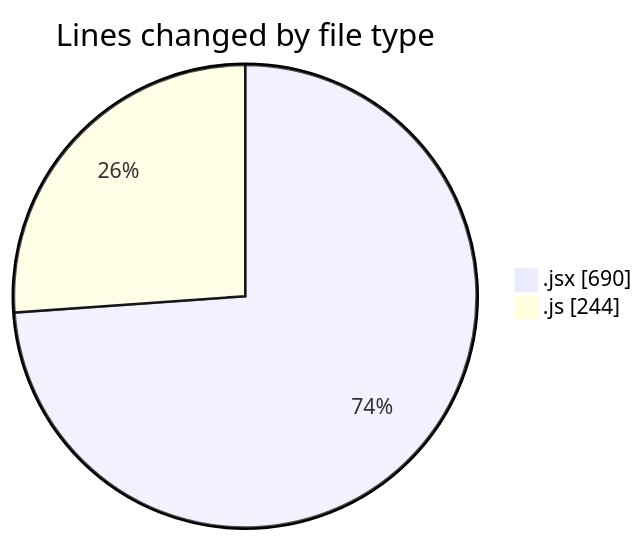
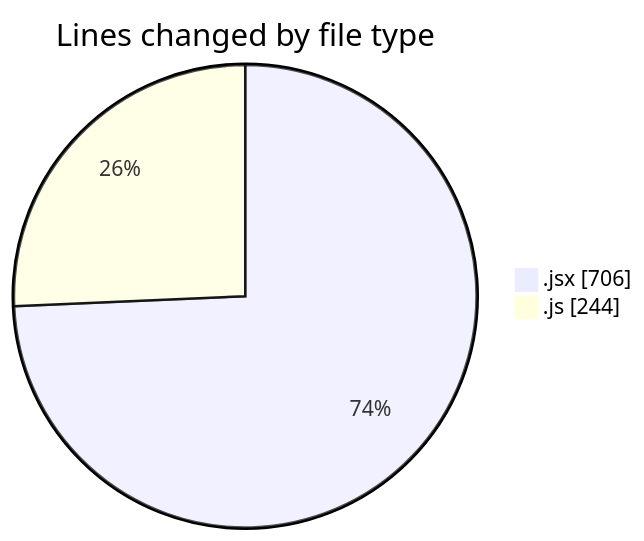
Before and after one commit to nxtqubesakshisongat/code-tracking: the first of 2 diagrams in 2025-07-30/nxtqube_webapp/README.md, drawn with Mermaid. The commit also changed other lines of this file and 1 other file, not shown here.

````diff
--- a/2025-07-30/nxtqube_webapp/README.md
+++ b/2025-07-30/nxtqube_webapp/README.md
@@ -22,6 +22,6 @@
 ```mermaid
 pie showData
 title Lines changed by file type
-".jsx" : 690
+".jsx" : 706
 ".js" : 244
 ```
````
